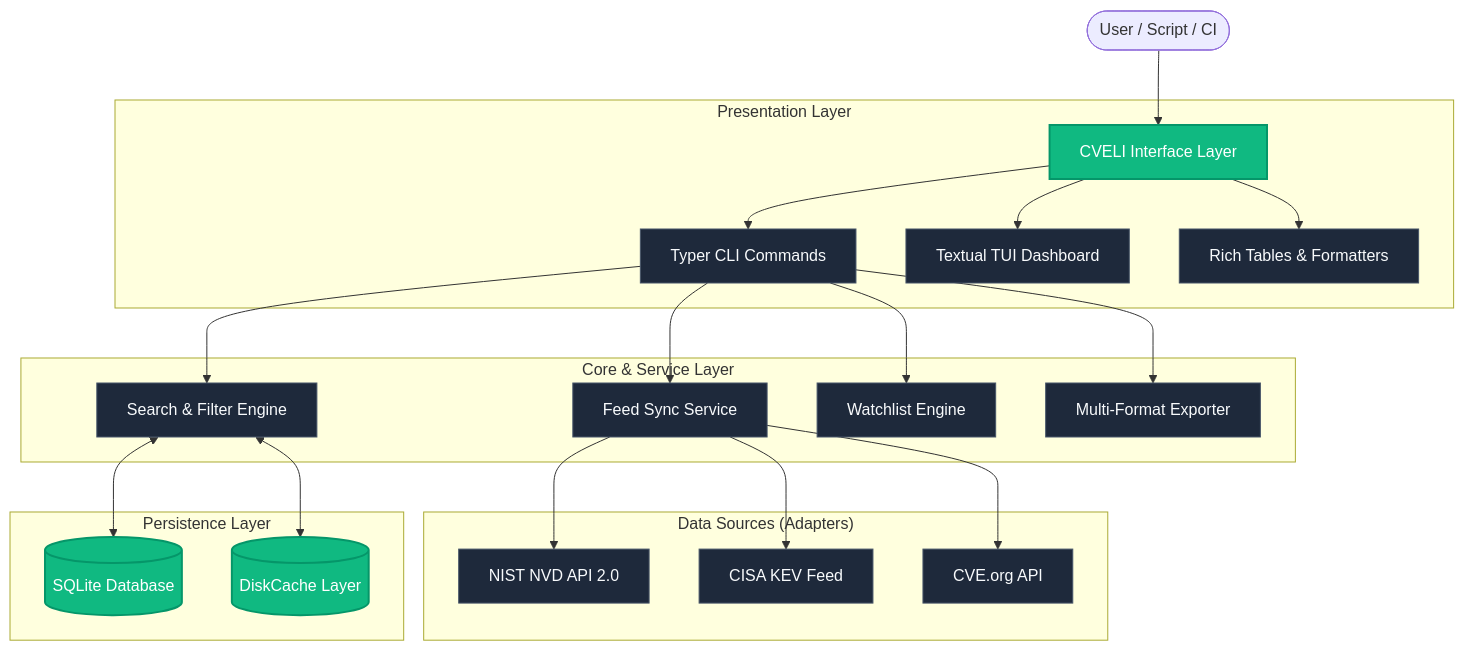
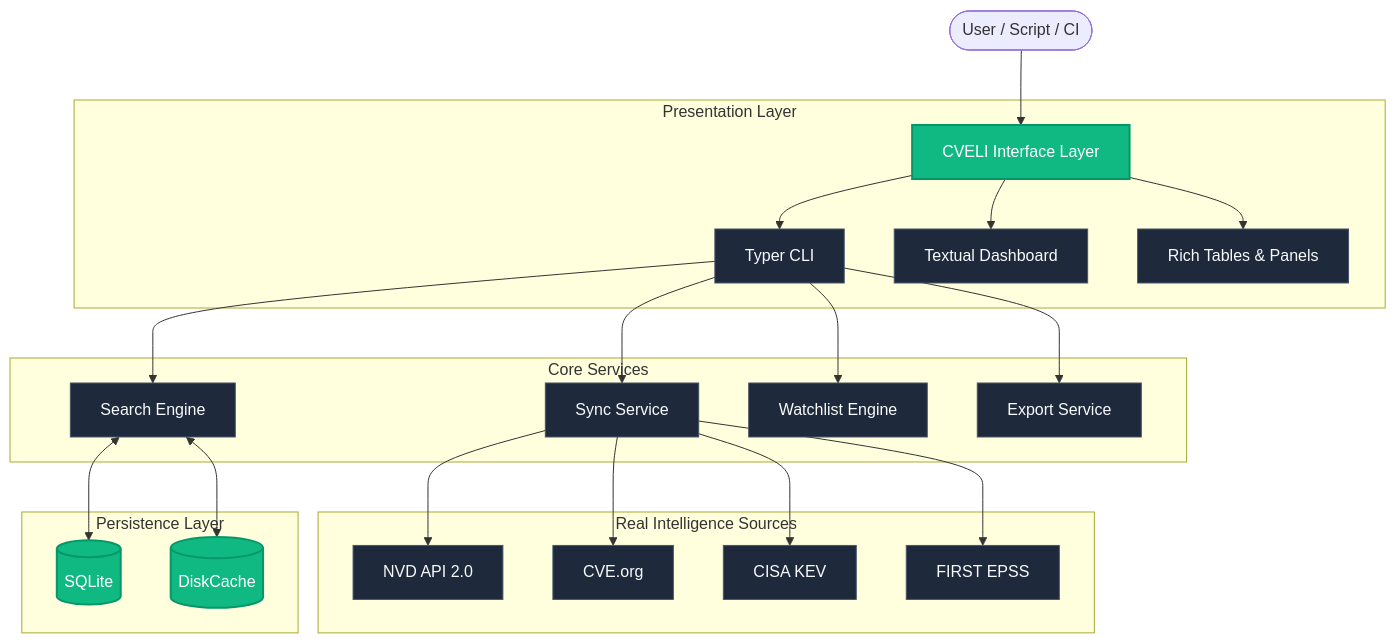
Before and after one commit to jeevansai-k/cveli: the diagram in README.md, drawn with Mermaid. The commit also changed other lines of this file and 1 other file, not shown here.

````diff
--- a/README.md
+++ b/README.md
@@ -245,33 +292,35 @@
 ```mermaid
 graph TD
     User([User / Script / CI]) --> Interface[CVELI Interface Layer]
-    
+
     subgraph "Presentation Layer"
-        Interface --> CLI[Typer CLI Commands]
-        Interface --> TUI[Textual TUI Dashboard]
-        Interface --> Formatter[Rich Tables & Formatters]
+        Interface --> CLI[Typer CLI]
+        Interface --> TUI[Textual Dashboard]
+        Interface --> Rich[Rich Tables & Panels]
     end
-    
-    subgraph "Core & Service Layer"
-        CLI --> SearchService[Search & Filter Engine]
-        CLI --> SyncService[Feed Sync Service]
-        CLI --> WatchlistService[Watchlist Engine]
-        CLI --> ExportService[Multi-Format Exporter]
+
+    subgraph "Core Services"
+        CLI --> Search[Search Engine]
+        CLI --> Sync[Sync Service]
+        CLI --> Watch[Watchlist Engine]
+        CLI --> Export[Export Service]
     end
-    
-    subgraph "Data Sources (Adapters)"
-        SyncService --> NVD[NIST NVD API 2.0]
-        SyncService --> CISA[CISA KEV Feed]
-        SyncService --> CVEOrg[CVE.org API]
+
+    subgraph "Real Intelligence Sources"
+        Sync --> NVD[NVD API 2.0]
+        Sync --> CVEORG[CVE.org]
+        Sync --> CISA[CISA KEV]
+        Sync --> EPSS[FIRST EPSS]
     end
-    
+
     subgraph "Persistence Layer"
-        SearchService <--> SQLite[(SQLite Database)]
-        SearchService <--> DiskCache[(DiskCache Layer)]
+        Search <--> SQLite[(SQLite)]
+        Search <--> Cache[(DiskCache)]
     end
 
     classDef accent fill:#10B981,stroke:#059669,color:#ffffff,stroke-width:2px;
     classDef surface fill:#1E293B,stroke:#475569,color:#F8FAFC;
-    class Interface,SQLite,DiskCache accent;
-    class CLI,TUI,Formatter,SearchService,SyncService,WatchlistService,ExportService,NVD,CISA,CVEOrg surface;
+
+    class Interface,SQLite,Cache accent;
+    class CLI,TUI,Rich,Search,Sync,Watch,Export,NVD,CVEORG,CISA,EPSS surface;
 ```
````
